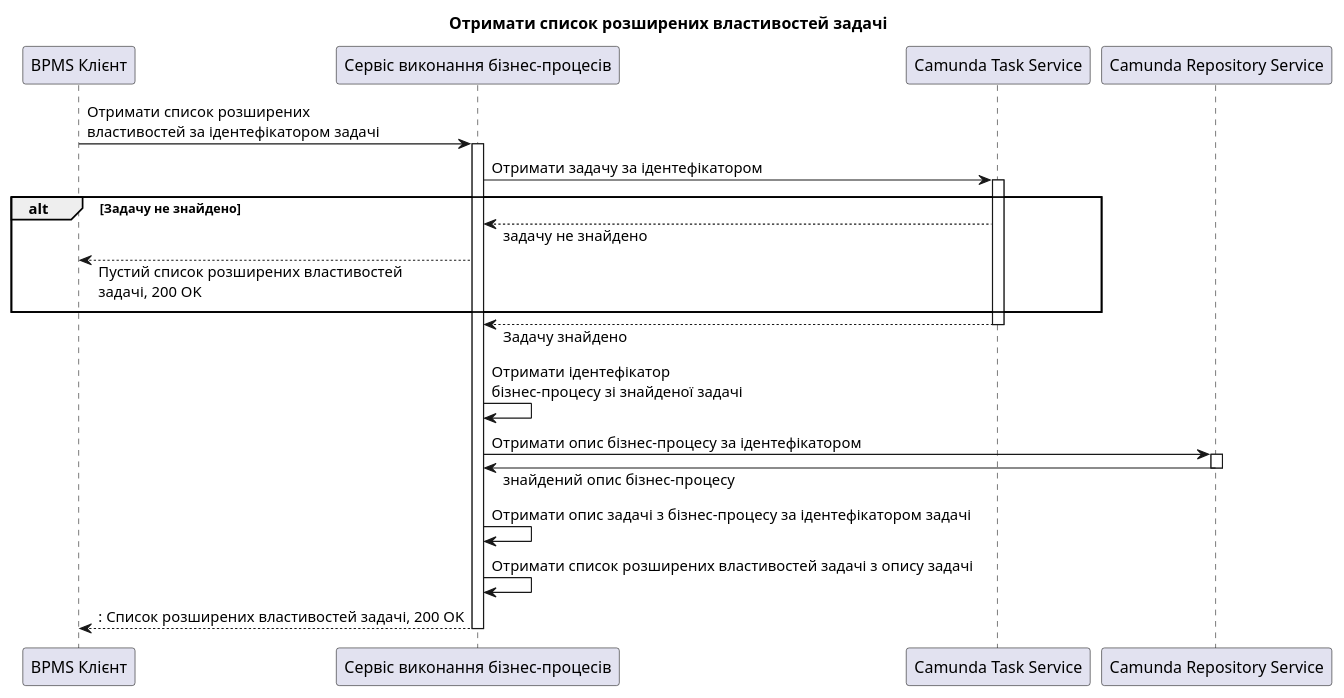
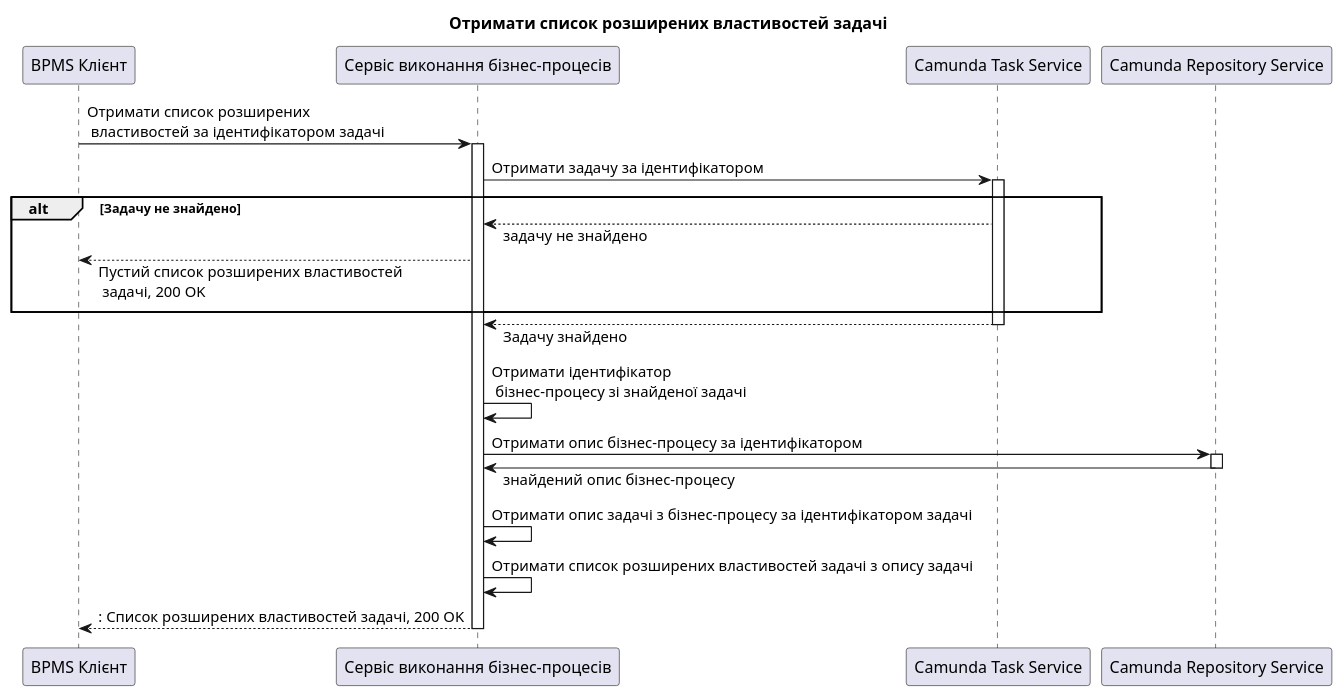
One commit to epam/edp-ddm-bpms changed the first of 2 diagrams in docs/modules/bpms/pages/custom-controllers.adoc. Above: the diagram before and after it, drawn with PlantUML. The commit also changed other lines of this file and 19 other files, not shown here.

```diff
--- a/docs/modules/bpms/pages/custom-controllers.adoc
+++ b/docs/modules/bpms/pages/custom-controllers.adoc
@@ -9,30 +9,30 @@
 [plantuml,getTaskProperty,svg]
 ----
 @startuml
 participant "BPMS Клієнт" as client  order 10
 participant "Сервіс виконання бізнес-процесів" as bpms order 20
 participant "Camunda Task Service" as taskService  order 30
 participant "Camunda Repository Service" as repositoryService order 40
 skinparam responseMessageBelowArrow true
 
 title Отримати список розширених властивостей задачі
-  client -> bpms : Отримати список розширених\nвластивостей за ідентефікатором задачі
+  client -> bpms : Отримати список розширених\n властивостей за ідентифікатором задачі
   activate bpms
-  bpms -> taskService : Отримати задачу за ідентефікатором
+  bpms -> taskService : Отримати задачу за ідентифікатором
   activate taskService
   alt Задачу не знайдено
   bpms <-- taskService : задачу не знайдено
-  client <-- bpms : Пустий список розширених властивостей\nзадачі, 200 OK
+  client <-- bpms : Пустий список розширених властивостей\n задачі, 200 OK
   end
   bpms <-- taskService : Задачу знайдено
   deactivate taskService
-  bpms -> bpms : Отримати ідентефікатор\nбізнес-процесу зі знайденої задачі
-  bpms -> repositoryService : Отримати опис бізнес-процесу за ідентефікатором
+  bpms -> bpms : Отримати ідентифікатор\n бізнес-процесу зі знайденої задачі
+  bpms -> repositoryService : Отримати опис бізнес-процесу за ідентифікатором
   activate repositoryService
   bpms <- repositoryService : знайдений опис бізнес-процесу
   deactivate repositoryService
-  bpms -> bpms : Отримати опис задачі з бізнес-процесу за ідентефікатором задачі
+  bpms -> bpms : Отримати опис задачі з бізнес-процесу за ідентифікатором задачі
   bpms -> bpms : Отримати список розширених властивостей задачі з опису задачі
-  return : Cписок розширених властивостей задачі, 200 OK
+  return : Список розширених властивостей задачі, 200 OK
 @enduml
 ----
```
